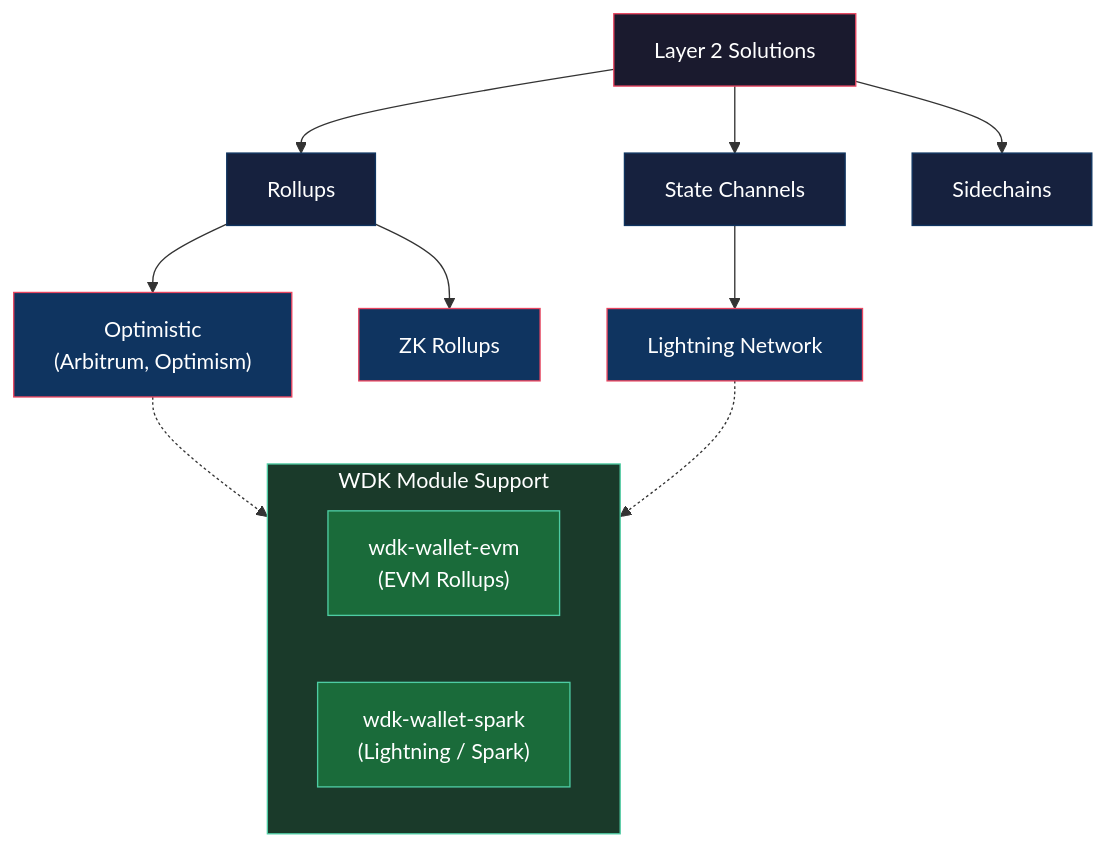
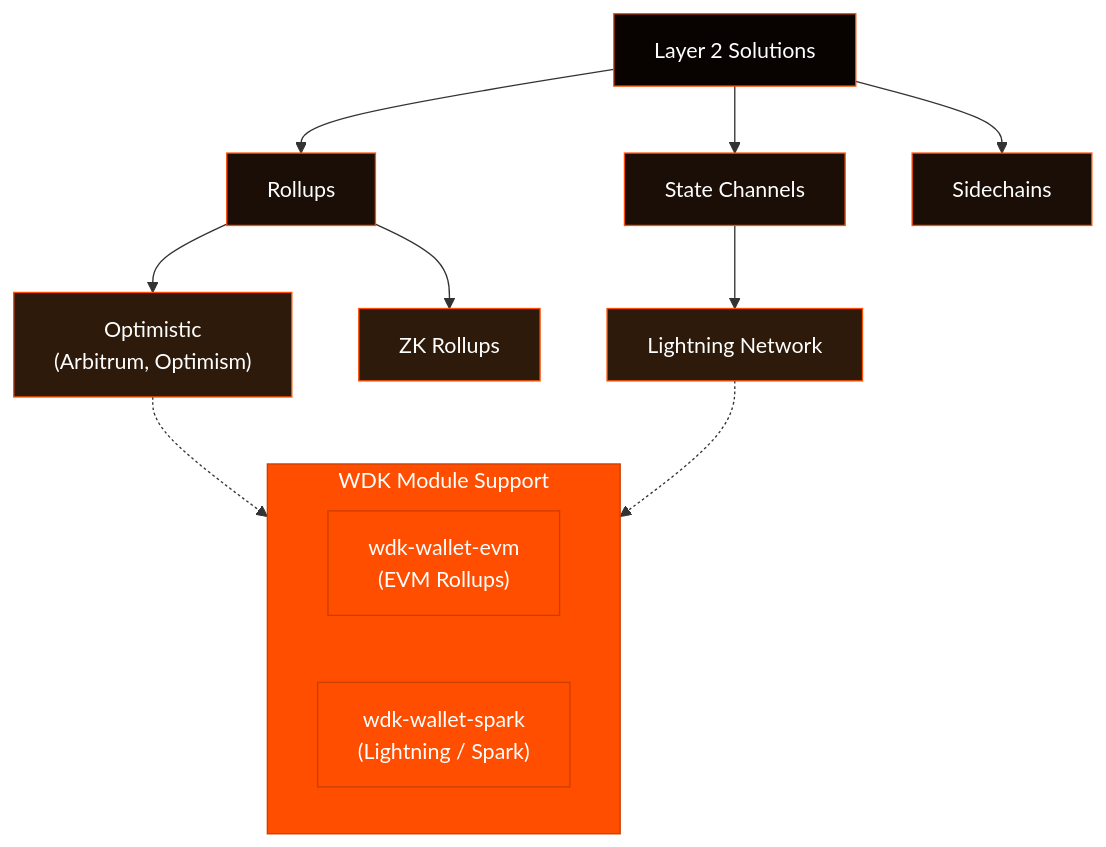
The third of 5 diagrams in resources/concepts.md (gatteo/wdk-docs), drawn with Mermaid before and after one commit. The commit also changed other lines of this file and 21 other files, not shown here.

Commit message:
docs: update all mermaid diagrams to WDK branding colors (#FF4E00 orange, #080201 dark)

````diff
--- a/resources/concepts.md
+++ b/resources/concepts.md
@@ -127,31 +127,31 @@
 ```mermaid
 graph TD
     L2["Layer 2 Solutions"] --> Rollups["Rollups"]
     L2 --> SC["State Channels"]
     L2 --> Side["Sidechains"]
 
     Rollups --> Opt["Optimistic\n(Arbitrum, Optimism)"]
     Rollups --> ZK["ZK Rollups"]
 
     SC --> LN["Lightning Network"]
 
     subgraph WDK["WDK Module Support"]
         direction LR
         WDK_EVM["wdk-wallet-evm\n(EVM Rollups)"]
         WDK_SPARK["wdk-wallet-spark\n(Lightning / Spark)"]
     end
 
     Opt -.-> WDK_EVM
     LN -.-> WDK_SPARK
 
-    style L2 fill:#1a1a2e,stroke:#e94560,color:#fff
-    style Rollups fill:#16213e,stroke:#0f3460,color:#fff
-    style SC fill:#16213e,stroke:#0f3460,color:#fff
-    style Side fill:#16213e,stroke:#0f3460,color:#fff
-    style Opt fill:#0f3460,stroke:#e94560,color:#fff
-    style ZK fill:#0f3460,stroke:#e94560,color:#fff
-    style LN fill:#0f3460,stroke:#e94560,color:#fff
-    style WDK fill:#1a3a2a,stroke:#4ecca3,color:#fff
-    style WDK_EVM fill:#1a6b3a,stroke:#4ecca3,color:#fff
-    style WDK_SPARK fill:#1a6b3a,stroke:#4ecca3,color:#fff
+    style L2 fill:#080201,stroke:#FF4E00,color:#fff
+    style Rollups fill:#1a0e06,stroke:#FF4E00,color:#fff
+    style SC fill:#1a0e06,stroke:#FF4E00,color:#fff
+    style Side fill:#1a0e06,stroke:#FF4E00,color:#fff
+    style Opt fill:#2d1a0a,stroke:#FF4E00,color:#fff
+    style ZK fill:#2d1a0a,stroke:#FF4E00,color:#fff
+    style LN fill:#2d1a0a,stroke:#FF4E00,color:#fff
+    style WDK fill:#FF4E00,stroke:#cc3e00,color:#fff
+    style WDK_EVM fill:#FF4E00,stroke:#cc3e00,color:#fff
+    style WDK_SPARK fill:#FF4E00,stroke:#cc3e00,color:#fff
 ```
````
